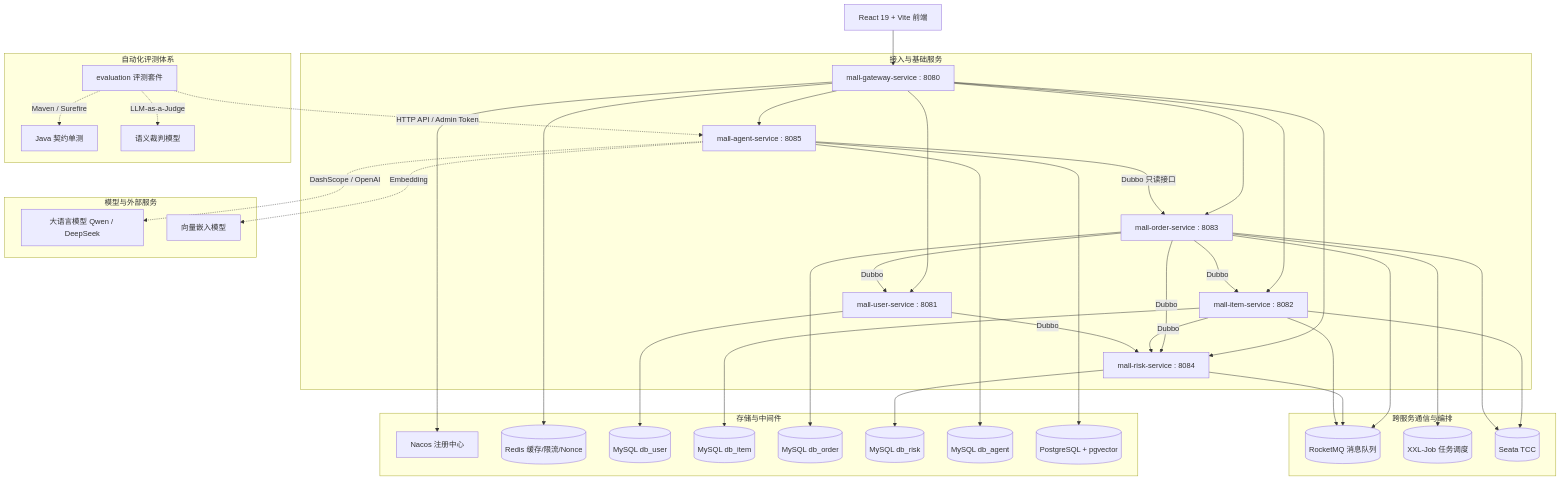
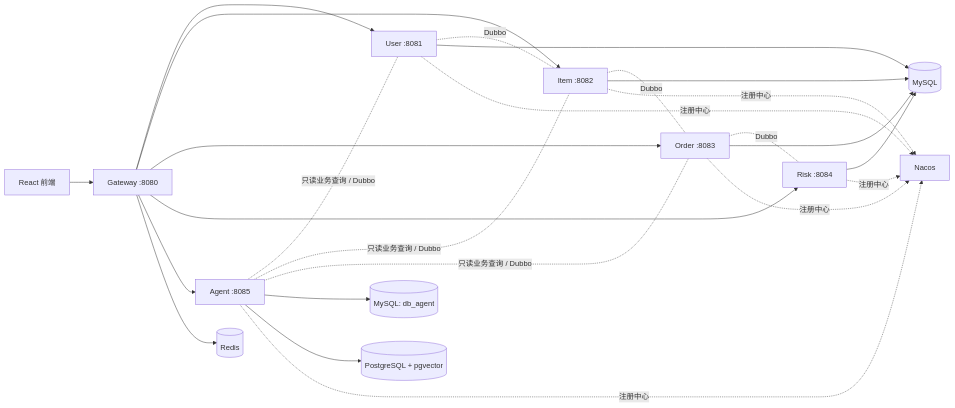
The diagram in README.md (siyuTao347/yue-mall-ai), drawn with Mermaid before and after one commit. The commit also changed other lines of this file, not shown here.

````diff
--- a/README.md
+++ b/README.md
@@ -71,49 +62,29 @@
 ```mermaid
-flowchart TD
-    FE[React 19 + Vite 前端] --> GW[mall-gateway-service : 8080]
+flowchart LR
+    Web[React 前端] --> GW[Gateway :8080]
+    GW --> User[User :8081]
+    GW --> Item[Item :8082]
+    GW --> Order[Order :8083]
+    GW --> Risk[Risk :8084]
+    GW --> Agent[Agent :8085]
 
-    subgraph 接入与基础服务
-        GW --> User[mall-user-service : 8081]
-        GW --> Item[mall-item-service : 8082]
-        GW --> Order[mall-order-service : 8083]
-        GW --> Risk[mall-risk-service : 8084]
-        GW --> Agent[mall-agent-service : 8085]
-    end
+    User -. Dubbo .- Item
+    Item -. Dubbo .- Order
+    Order -. Dubbo .- Risk
+    Agent -. 只读业务查询 / Dubbo .- User
+    Agent -. 只读业务查询 / Dubbo .- Item
+    Agent -. 只读业务查询 / Dubbo .- Order
 
-    subgraph 存储与中间件
-        GW --> Nacos[Nacos 注册中心]
-        GW --> Redis[(Redis 缓存/限流/Nonce)]
-        User --> UserDB[(MySQL db_user)]
-        Item --> ItemDB[(MySQL db_item)]
-        Order --> OrderDB[(MySQL db_order)]
-        Risk --> RiskDB[(MySQL db_risk)]
-        Agent --> AgentDB[(MySQL db_agent)]
-        Agent --> PgVector[(PostgreSQL + pgvector)]
-    end
-
-    subgraph 跨服务通信与编排
-        Order -->|Dubbo| User
-        Order -->|Dubbo| Item
-        Order -->|Dubbo| Risk
-        Item -->|Dubbo| Risk
-        User -->|Dubbo| Risk
-        Agent -->|Dubbo 只读接口| Order
-        Order --> MQ[(RocketMQ 消息队列)]
-        Risk --> MQ
-        Item --> MQ
-        Order --> Job[(XXL-Job 任务调度)]
-        Item --> Seata[(Seata TCC)]
-        Order --> Seata
-    end
-
-    subgraph 模型与外部服务
-        Agent -.->|DashScope / OpenAI| LLM[大语言模型 Qwen / DeepSeek]
-        Agent -.->|Embedding| EmbedModel[向量嵌入模型]
-    end
-
-    subgraph 自动化评测体系
-        Eval[evaluation 评测套件] -.->|HTTP API / Admin Token| Agent
-        Eval -.->|Maven / Surefire| UnitTests[Java 契约单测]
-        Eval -.->|LLM-as-a-Judge| Judge[语义裁判模型]
-    end
+    User --> MySQL[(MySQL)]
+    Item --> MySQL
+    Order --> MySQL
+    Risk --> MySQL
+    Agent --> AgentDB[(MySQL: db_agent)]
+    Agent --> Vector[(PostgreSQL + pgvector)]
+    GW --> Redis[(Redis)]
+    User -. 注册中心 .-> Nacos[Nacos]
+    Item -. 注册中心 .-> Nacos
+    Order -. 注册中心 .-> Nacos
+    Risk -. 注册中心 .-> Nacos
+    Agent -. 注册中心 .-> Nacos
 ```
````
